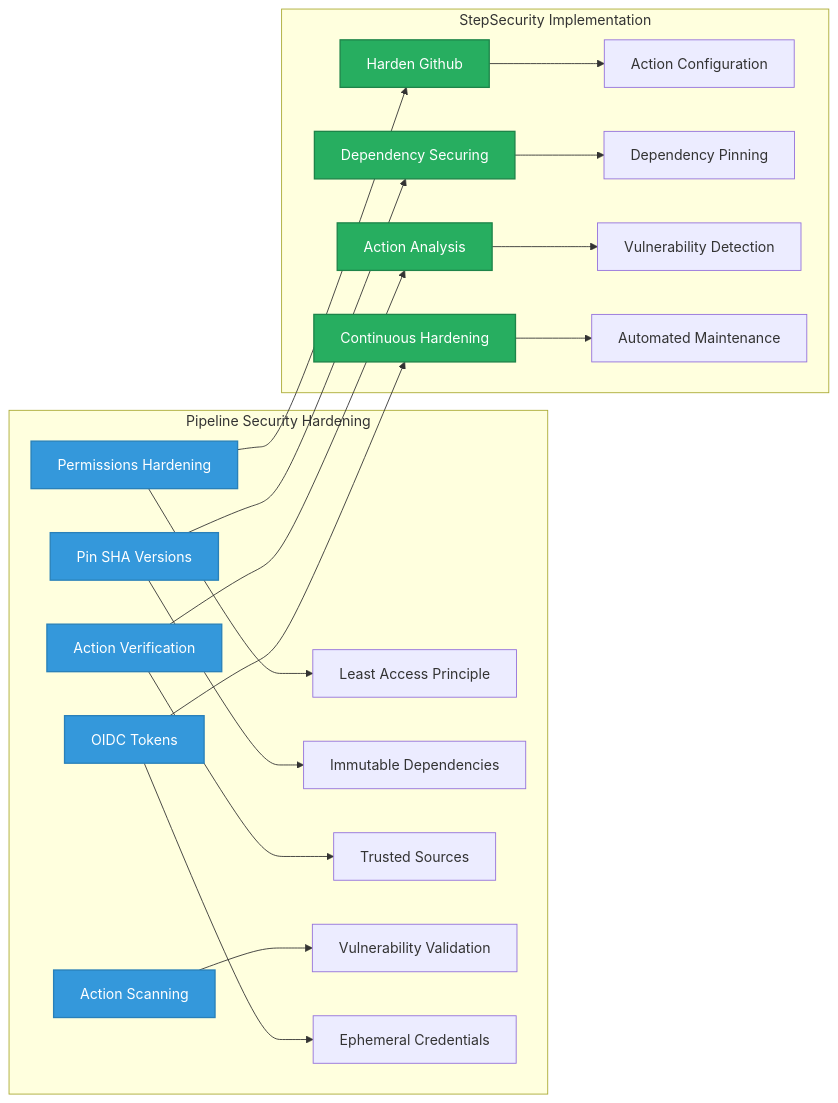
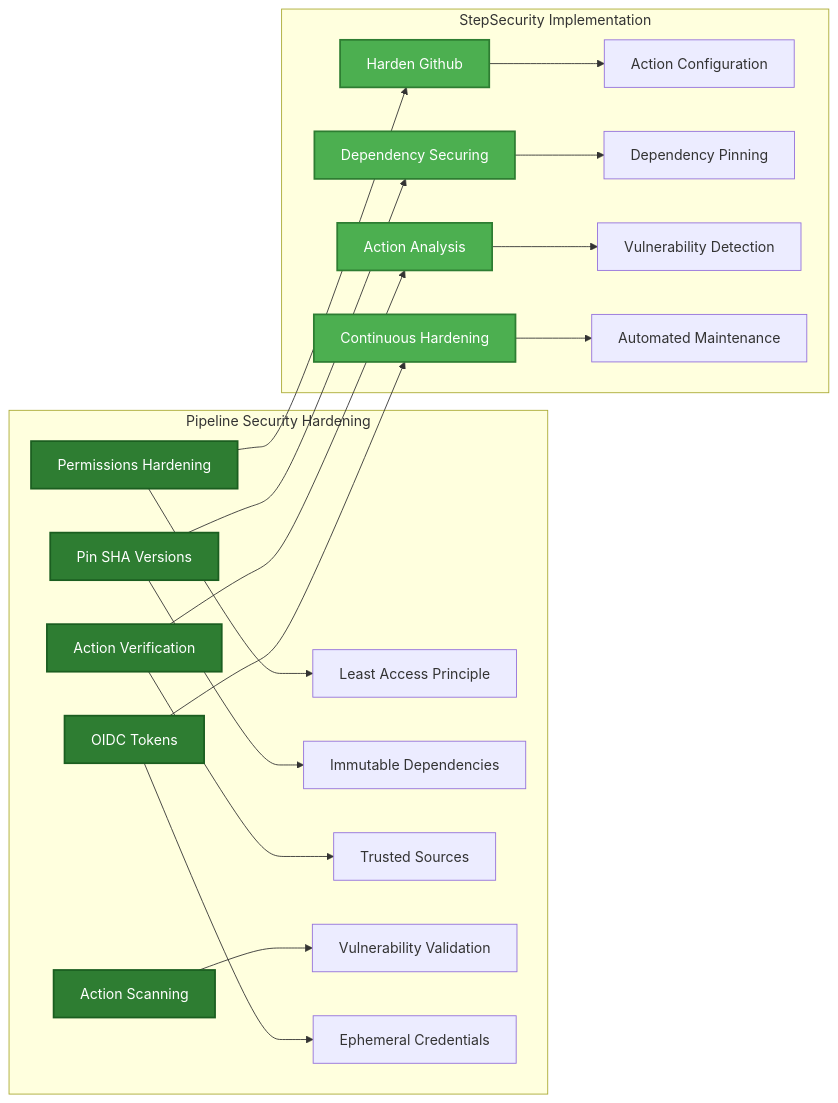
Before and after one commit to step-security-bot/cia-compliance-manager: the first of 13 diagrams in docs/architecture/WORKFLOWS.md, drawn with Mermaid. The commit also changed other lines of this file and 27 other files, not shown here.

First line of the commit message:
fix: resolve broken mermaid diagrams and improve color coding to match ISMS style guide (#1106)

````diff
--- a/docs/architecture/WORKFLOWS.md
+++ b/docs/architecture/WORKFLOWS.md
@@ -168,28 +168,28 @@
 ```mermaid
 flowchart LR
     subgraph "Pipeline Security Hardening"
         PH[Permissions Hardening] --> LAP[Least Access Principle]
         PS[Pin SHA Versions] --> IDT[Immutable Dependencies]
         AV[Action Verification] --> TS[Trusted Sources]
         AS[Action Scanning] --> VV[Vulnerability Validation]
         OT[OIDC Tokens] --> EF[Ephemeral Credentials]
     end
     
     subgraph "StepSecurity Implementation"
         HG[Harden Github] --> AC[Action Configuration]
         DS[Dependency Securing] --> DP[Dependency Pinning]
         AA[Action Analysis] --> VD[Vulnerability Detection]
         CH[Continuous Hardening] --> AM[Automated Maintenance]
     end
     
     PH --> HG
     PS --> DS
     AV --> AA
     OT --> CH
     
-    classDef practice fill:#3498db,stroke:#2980b9,stroke-width:1.5px,color:white
-    classDef implementation fill:#27ae60,stroke:#1e8449,stroke-width:1.5px,color:white
+    classDef practice fill:#2E7D32,stroke:#1B5E20,stroke-width:2px,color:#ffffff
+    classDef implementation fill:#4CAF50,stroke:#2E7D32,stroke-width:2px,color:#ffffff
     
     class PH,PS,AV,AS,OT practice
     class HG,DS,AA,CH implementation
 ```
````
